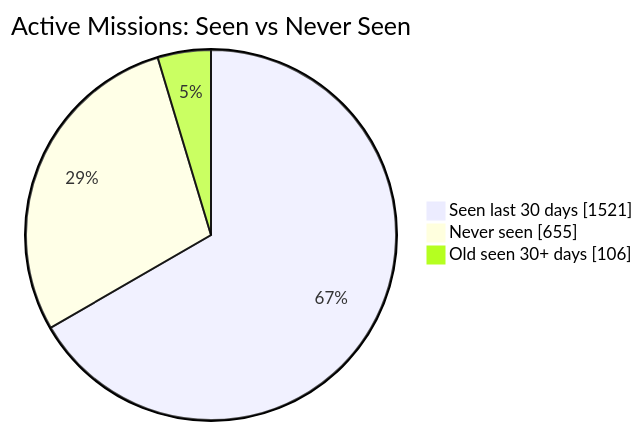
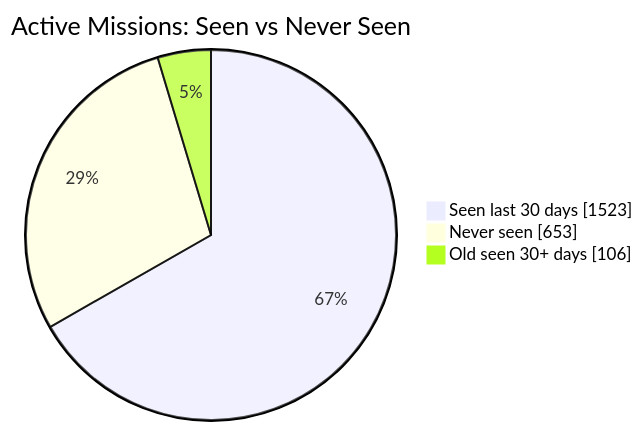
Before and after one commit to MeldkamerspelGameTeam/active-missions: the first of 2 diagrams in README.md, drawn with Mermaid. The commit also changed other lines of this file and 2 other files, not shown here.

````diff
--- a/README.md
+++ b/README.md
@@ -34,7 +34,7 @@
 ```mermaid
 pie showData
     title Active Missions: Seen vs Never Seen
-    "Seen last 30 days" : 1521
-    "Never seen" : 655
+    "Seen last 30 days" : 1523
+    "Never seen" : 653
     "Old seen 30+ days" : 106
 ```
````
